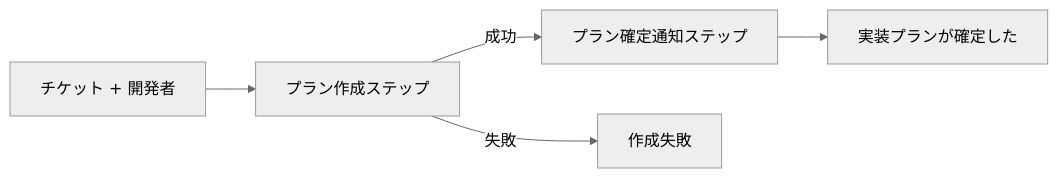
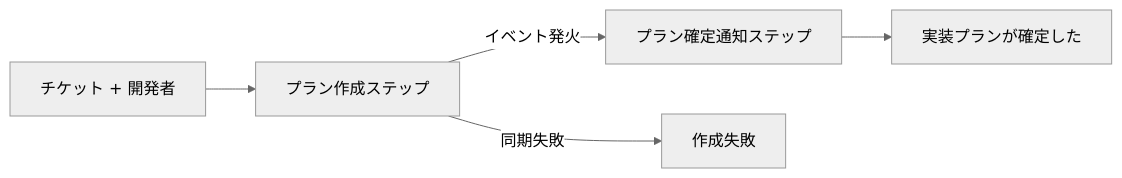
Before and after one commit to kuchita-el/claude-shared-skills: the diagram in skills/domain-modeling/references/domain-model-notation.md, drawn with Mermaid (neutral theme). The commit also changed other lines of this file and 1 other file, not shown here.

````diff
--- a/skills/domain-modeling/references/domain-model-notation.md
+++ b/skills/domain-modeling/references/domain-model-notation.md
@@ -398,7 +409,7 @@
 ```mermaid
 flowchart LR
   入力[チケット + 開発者] --> S1[プラン作成ステップ]
-  S1 -->|成功| S2[プラン確定通知ステップ]
-  S1 -->|失敗| E[作成失敗]
+  S1 -->|イベント発火| S2[プラン確定通知ステップ]
+  S1 -->|同期失敗| E[作成失敗]
   S2 --> 出力[実装プランが確定した]
 ```
````
